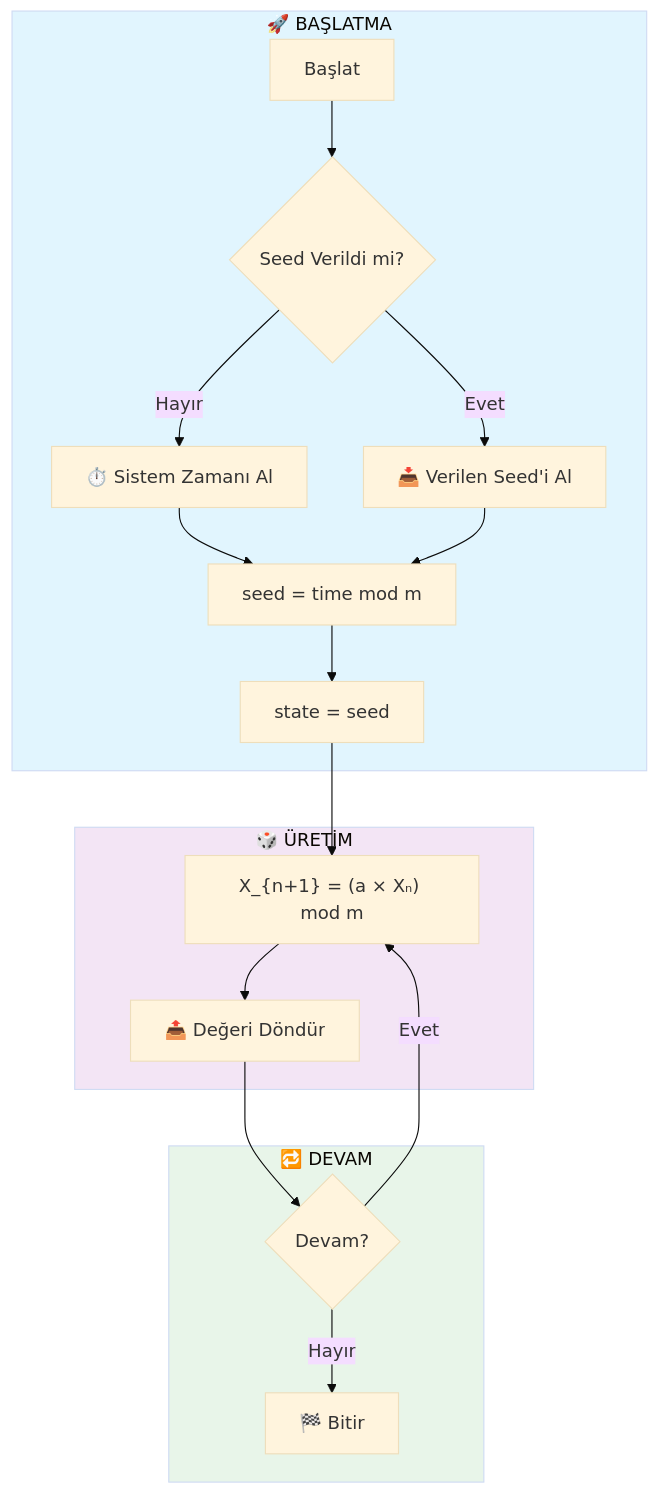
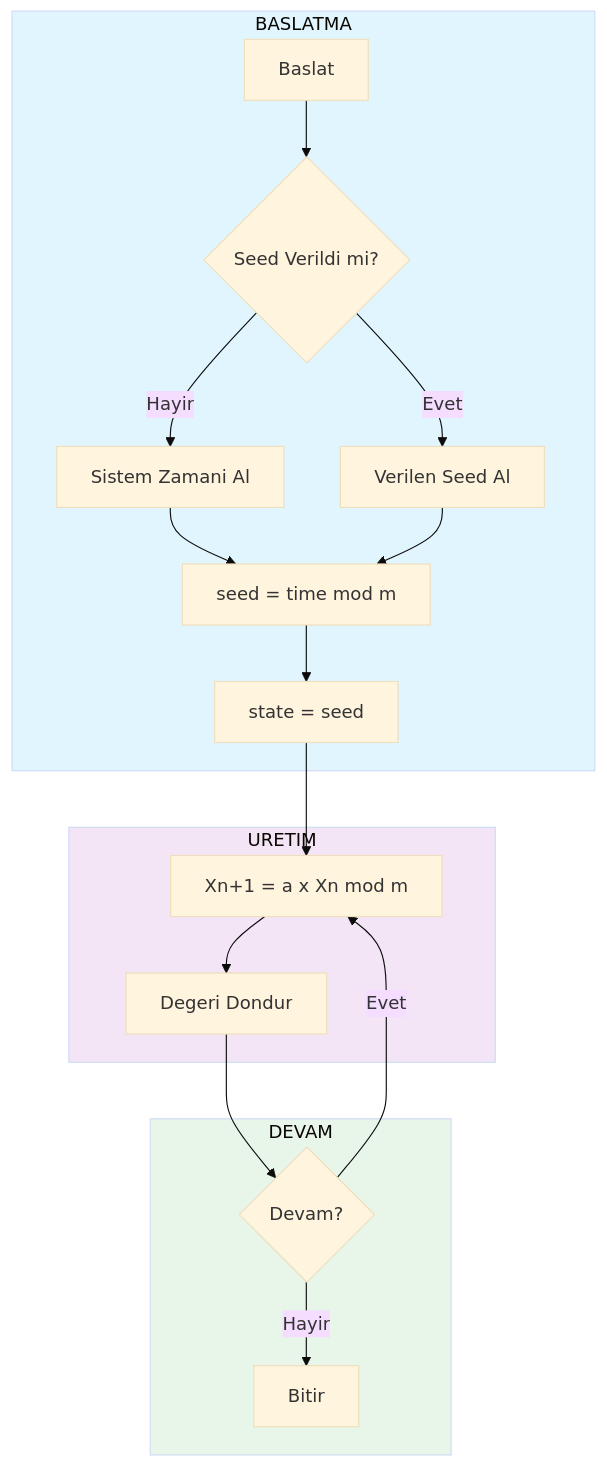
The first of 9 diagrams in docs/FLOWCHART.md (Samet230/Rastgele_Sayi_Ureteci), drawn with Mermaid (base theme) before and after one commit. The commit also changed other lines of this file, not shown here.

Commit message:
fix: Mermaid syntax duzeltildi - GitHub uyumlulugu

````diff
--- a/docs/FLOWCHART.md
+++ b/docs/FLOWCHART.md
@@ -12,26 +12,26 @@
 ```mermaid
 flowchart TD
-    subgraph INIT["🚀 BAŞLATMA"]
-        A[Başlat] --> B{Seed Verildi mi?}
-        B -->|Hayır| C["⏱️ Sistem Zamanı Al"]
-        B -->|Evet| D["📥 Verilen Seed'i Al"]
+    subgraph INIT["BASLATMA"]
+        A[Baslat] --> B{Seed Verildi mi?}
+        B -->|Hayir| C["Sistem Zamani Al"]
+        B -->|Evet| D["Verilen Seed Al"]
         C --> E["seed = time mod m"]
         D --> E
         E --> F["state = seed"]
     end
     
-    subgraph GEN["🎲 ÜRETİM"]
-        F --> G["X_{n+1} = (a × Xₙ) mod m"]
-        G --> H["📤 Değeri Döndür"]
+    subgraph GEN["URETIM"]
+        F --> G["Xn+1 = a x Xn mod m"]
+        G --> H["Degeri Dondur"]
     end
     
-    subgraph LOOP["🔁 DEVAM"]
+    subgraph LOOP["DEVAM"]
         H --> I{Devam?}
         I -->|Evet| G
-        I -->|Hayır| J["🏁 Bitir"]
+        I -->|Hayir| J["Bitir"]
     end
     
     style INIT fill:#e1f5fe
     style GEN fill:#f3e5f5
     style LOOP fill:#e8f5e9
 ```
````
